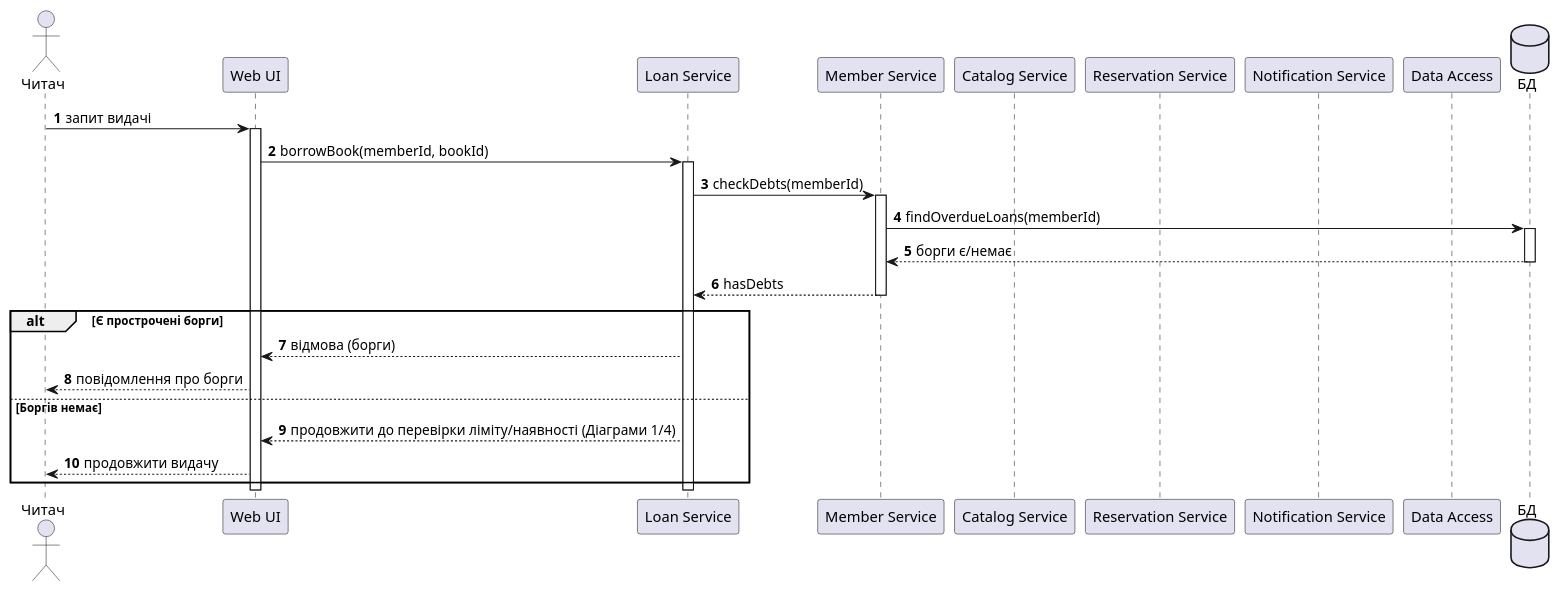
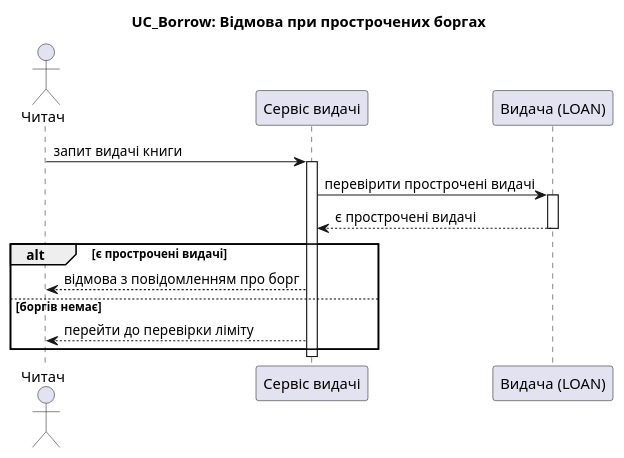
The third of 5 diagrams in task-3/sequence.puml (veronikapaschenkor29-png/Library-Modeling-and-Analysis-of-Software-Requirements), drawn with PlantUML before and after one commit. The commit also changed other lines of this file and 4 other files, not shown here.

First line of the commit message:
docs(task-3): sequence diagrams for UC_Borrow scenarios

```diff
--- a/task-3/sequence.puml
+++ b/task-3/sequence.puml
@@ -94,35 +56,18 @@
-@startuml d3-debt-rejection
-autonumber
-
-actor "Читач" as Reader
-participant "Web UI" as WebUI
-participant "Loan Service" as LoanService
-participant "Member Service" as MemberService
-participant "Catalog Service" as CatalogService
-participant "Reservation Service" as ReservationService
-participant "Notification Service" as NotificationService
-participant "Data Access" as DataAccess
-database "БД" as DB
-
-Reader -> WebUI : запит видачі
-activate WebUI
-WebUI -> LoanService : borrowBook(memberId, bookId)
-activate LoanService
-LoanService -> MemberService : checkDebts(memberId)
-activate MemberService
-MemberService -> DB : findOverdueLoans(memberId)
-activate DB
-DB --> MemberService : борги є/немає
-deactivate DB
-MemberService --> LoanService : hasDebts
-deactivate MemberService
-alt Є прострочені борги
-  LoanService --> WebUI : відмова (борги)
-  WebUI --> Reader : повідомлення про борги
-else Боргів немає
-  LoanService --> WebUI : продовжити до перевірки ліміту/наявності (Діаграми 1/4)
-  WebUI --> Reader : продовжити видачу
+@startuml S3_Debts_Refused
+title UC_Borrow: Відмова при прострочених боргах
+actor "Читач" as R
+participant "Сервіс видачі" as S
+participant "Видача (LOAN)" as N
+R -> S : запит видачі книги
+activate S
+S -> N : перевірити прострочені видачі
+activate N
+N --> S : є прострочені видачі
+deactivate N
+alt є прострочені видачі
+  S --> R : відмова з повідомленням про борг
+else боргів немає
+  S --> R : перейти до перевірки ліміту
 end
-deactivate LoanService
-deactivate WebUI
+deactivate S
 @enduml
```
